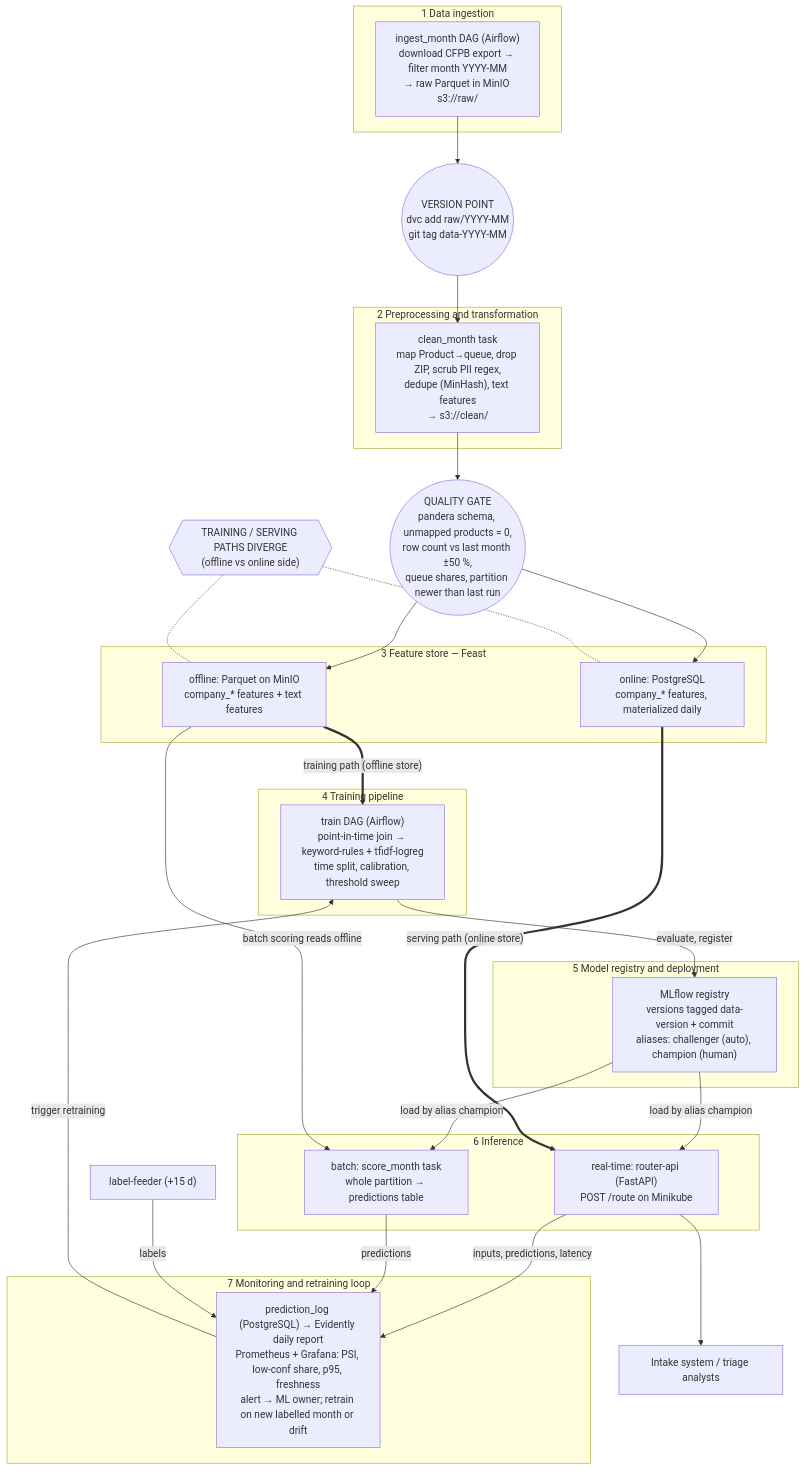
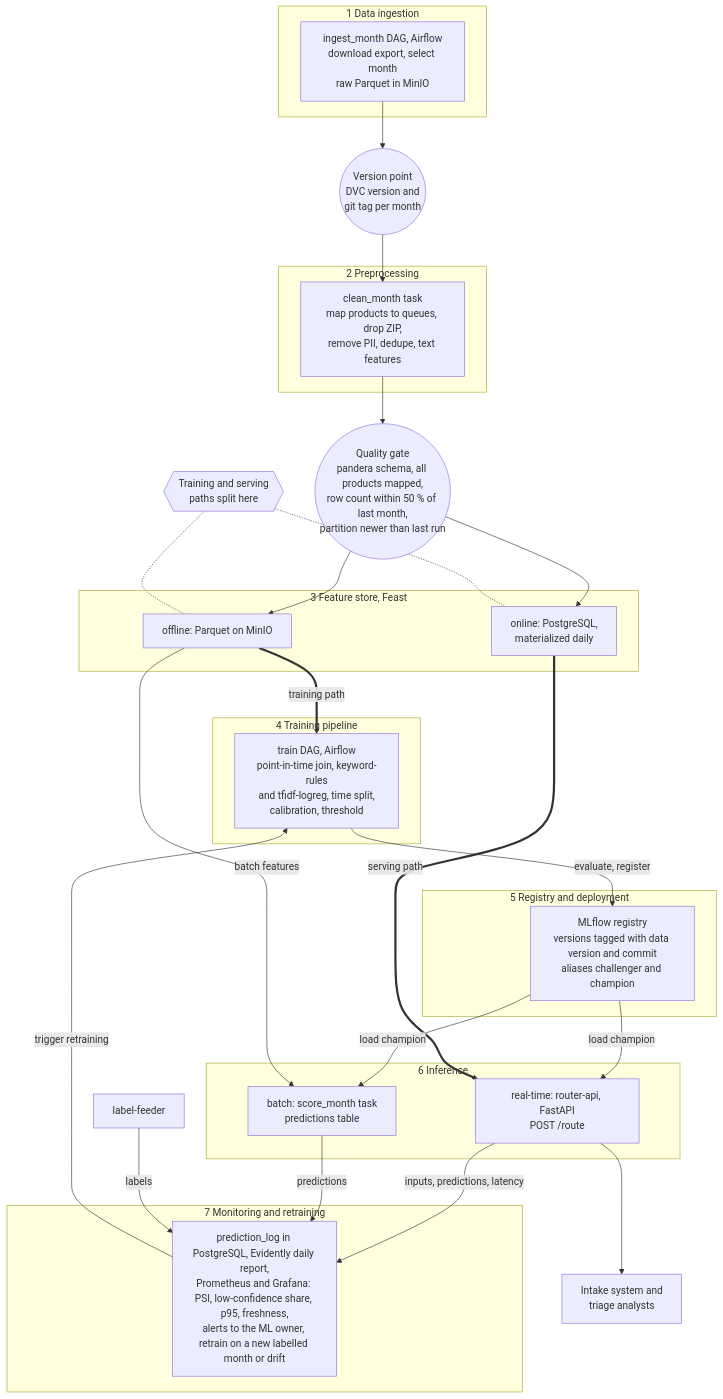
One commit to yuliiamartynova/complaint-router changed the second of 3 diagrams in docs/design.md. Above: the diagram before and after it, drawn with Mermaid. The commit also changed other lines of this file and 3 other files, not shown here.

First line of the commit message:
Simplify wording in the design doc, diagrams and README

````diff
--- a/docs/design.md
+++ b/docs/design.md
@@ -216,46 +214,46 @@
 ```mermaid
 flowchart TB
     subgraph L1["1 Data ingestion"]
-        ING["ingest_month DAG (Airflow)<br/>download CFPB export → filter month YYYY-MM<br/>→ raw Parquet in MinIO s3://raw/"]
+        ING["ingest_month DAG, Airflow<br/>download export, select month<br/>raw Parquet in MinIO"]
     end
-    VP(("VERSION POINT<br/>dvc add raw/YYYY-MM<br/>git tag data-YYYY-MM"))
-    subgraph L2["2 Preprocessing and transformation"]
-        PRE["clean_month task<br/>map Product→queue, drop ZIP, scrub PII regex,<br/>dedupe (MinHash), text features<br/>→ s3://clean/"]
+    VP(("Version point<br/>DVC version and<br/>git tag per month"))
+    subgraph L2["2 Preprocessing"]
+        PRE["clean_month task<br/>map products to queues, drop ZIP,<br/>remove PII, dedupe, text features"]
     end
-    QG(("QUALITY GATE<br/>pandera schema, unmapped products = 0,<br/>row count vs last month ±50 %,<br/>queue shares, partition newer than last run"))
-    subgraph L3["3 Feature store — Feast"]
-        OFF["offline: Parquet on MinIO<br/>company_* features + text features"]
-        ON["online: PostgreSQL<br/>company_* features, materialized daily"]
+    QG(("Quality gate<br/>pandera schema, all products mapped,<br/>row count within 50 % of last month,<br/>partition newer than last run"))
+    subgraph L3["3 Feature store, Feast"]
+        OFF["offline: Parquet on MinIO"]
+        ON["online: PostgreSQL,<br/>materialized daily"]
     end
-    SPLIT{{"TRAINING / SERVING PATHS DIVERGE<br/>(offline vs online side)"}}
+    SPLIT{{"Training and serving<br/>paths split here"}}
     subgraph L4["4 Training pipeline"]
-        TRN["train DAG (Airflow)<br/>point-in-time join → keyword-rules + tfidf-logreg<br/>time split, calibration, threshold sweep"]
+        TRN["train DAG, Airflow<br/>point-in-time join, keyword-rules<br/>and tfidf-logreg, time split,<br/>calibration, threshold"]
     end
-    subgraph L5["5 Model registry and deployment"]
-        REG["MLflow registry<br/>versions tagged data-version + commit<br/>aliases: challenger (auto), champion (human)"]
+    subgraph L5["5 Registry and deployment"]
+        REG["MLflow registry<br/>versions tagged with data version and commit<br/>aliases challenger and champion"]
     end
     subgraph L6["6 Inference"]
-        RT["real-time: router-api (FastAPI)<br/>POST /route on Minikube"]
-        BT["batch: score_month task<br/>whole partition → predictions table"]
+        RT["real-time: router-api, FastAPI<br/>POST /route"]
+        BT["batch: score_month task<br/>predictions table"]
     end
-    CONS["Intake system / triage analysts"]
-    subgraph L7["7 Monitoring and retraining loop"]
-        MON["prediction_log (PostgreSQL) → Evidently daily report<br/>Prometheus + Grafana: PSI, low-conf share, p95, freshness<br/>alert → ML owner; retrain on new labelled month or drift"]
+    CONS["Intake system and<br/>triage analysts"]
+    subgraph L7["7 Monitoring and retraining"]
+        MON["prediction_log in PostgreSQL, Evidently daily report,<br/>Prometheus and Grafana: PSI, low-confidence share, p95, freshness,<br/>alerts to the ML owner, retrain on a new labelled month or drift"]
     end
 
     ING --> VP --> PRE --> QG --> OFF
     QG --> ON
     SPLIT -.- OFF
     SPLIT -.- ON
-    OFF == "training path (offline store)" ==> TRN
+    OFF == "training path" ==> TRN
     TRN -- "evaluate, register" --> REG
-    REG -- "load by alias champion" --> RT
-    REG -- "load by alias champion" --> BT
-    ON == "serving path (online store)" ==> RT
-    OFF -- "batch scoring reads offline" --> BT
+    REG -- "load champion" --> RT
+    REG -- "load champion" --> BT
+    ON == "serving path" ==> RT
+    OFF -- "batch features" --> BT
     RT --> CONS
     RT -- "inputs, predictions, latency" --> MON
     BT -- "predictions" --> MON
-    LF["label-feeder (+15 d)"] -- "labels" --> MON
+    LF["label-feeder"] -- "labels" --> MON
     MON -- "trigger retraining" --> TRN
 ```
````
